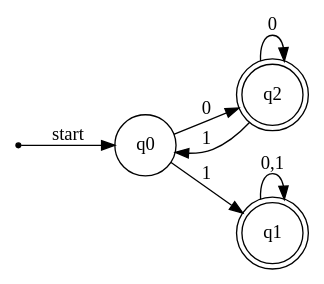
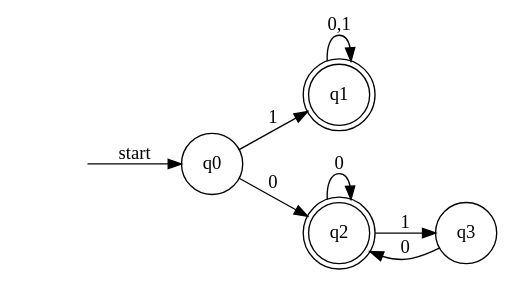
The eighth of 9 diagrams in src/math/formal-language/hw1.md (x06lan/mdbook), drawn with Graphviz before and after one commit. The commit also changed other lines of this file and 6 other files, not shown here.

````diff
--- a/src/math/formal-language/hw1.md
+++ b/src/math/formal-language/hw1.md
@@ -162,18 +216,19 @@
 ```graphviz
 digraph finite_state_machine {
     rankdir=LR;
     size="8,5"
 
     node [shape = doublecircle]; q1,q2;
-    node [shape = point ]; s
-
+    node [shape=plaintext] s;
+    s [label=""];
     node [shape = circle];
     s  -> q0 [ label = "start" ];
     q0 -> q2 [ label = "0" ];
     q0 -> q1 [ label = "1" ];
     q1 -> q1 [ label = "0,1" ];
     q2 -> q2 [ label = "0" ];
-    q2 -> q0 [ label = "1" ];
-    
+    q2 -> q3 [ label = "1" ];
+    q3 -> q2 [ label = "0" ];
+
 }
 ```
````
